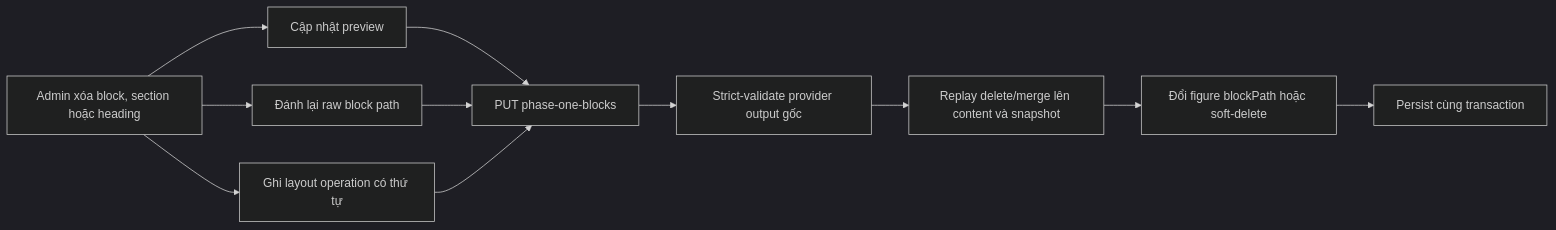
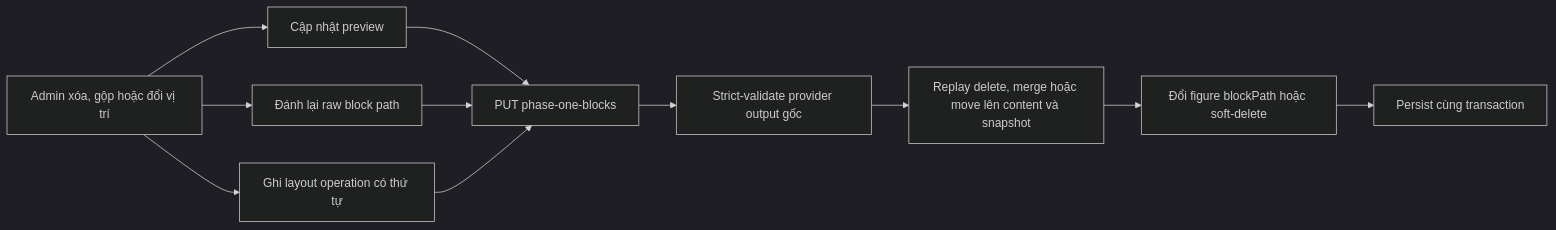
One commit to DamAnhTuanTB/ClassHero changed the second of 2 diagrams in docs/learning-notes/foundation/ai-structured-output-jobs.md. Above: the diagram before and after it, drawn with Mermaid (dark theme). The commit also changed other lines of this file and 24 other files, not shown here.

````diff
--- a/docs/learning-notes/foundation/ai-structured-output-jobs.md
+++ b/docs/learning-notes/foundation/ai-structured-output-jobs.md
@@ -200,13 +201,13 @@
 ```mermaid
 flowchart LR
-  A[Admin xóa block, section hoặc heading] --> B[Cập nhật preview]
+  A[Admin xóa, gộp hoặc đổi vị trí] --> B[Cập nhật preview]
   A --> C[Đánh lại raw block path]
   A --> D[Ghi layout operation có thứ tự]
   B --> E[PUT phase-one-blocks]
   C --> E
   D --> E
   E --> F[Strict-validate provider output gốc]
-  F --> G[Replay delete/merge lên content và snapshot]
+  F --> G[Replay delete, merge hoặc move lên content và snapshot]
   G --> H[Đổi figure blockPath hoặc soft-delete]
   H --> I[Persist cùng transaction]
 ```
````
